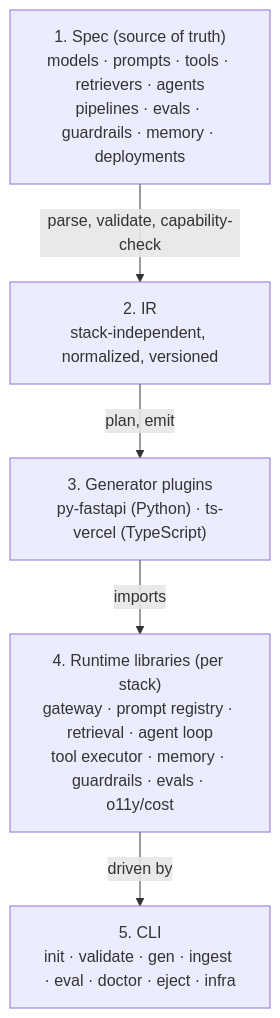
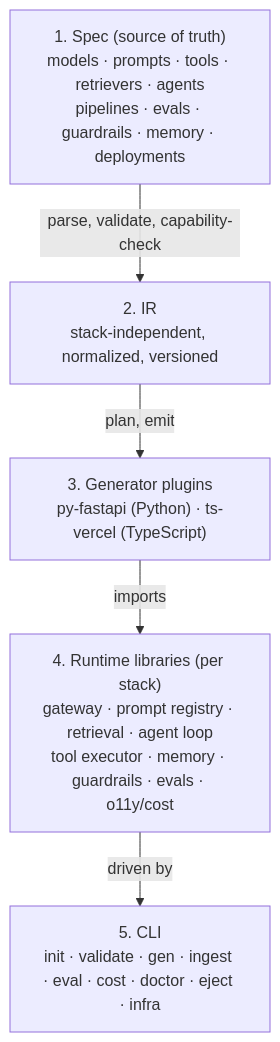
Before and after one commit to aid-framework/aid-framework: the diagram in README.md, drawn with Mermaid. The commit also changed other lines of this file and 18 other files, not shown here.

First line of the commit message:
feat(cli): add `aid cost` to report recorded spend from trace sinks (#76)

````diff
--- a/README.md
+++ b/README.md
@@ -46,12 +46,12 @@
 ```mermaid
 flowchart TD
     A["1. Spec (source of truth)<br/>models · prompts · tools · retrievers · agents<br/>pipelines · evals · guardrails · memory · deployments"]
     B["2. IR<br/>stack-independent, normalized, versioned"]
     C["3. Generator plugins<br/>py-fastapi (Python) · ts-vercel (TypeScript)"]
     D["4. Runtime libraries (per stack)<br/>gateway · prompt registry · retrieval · agent loop<br/>tool executor · memory · guardrails · evals · o11y/cost"]
-    E["5. CLI<br/>init · validate · gen · ingest · eval · doctor · eject · infra"]
+    E["5. CLI<br/>init · validate · gen · ingest · eval · cost · doctor · eject · infra"]
     A -->|parse, validate, capability-check| B
     B -->|plan, emit| C
     C -->|imports| D
     D -->|driven by| E
 ```
````
